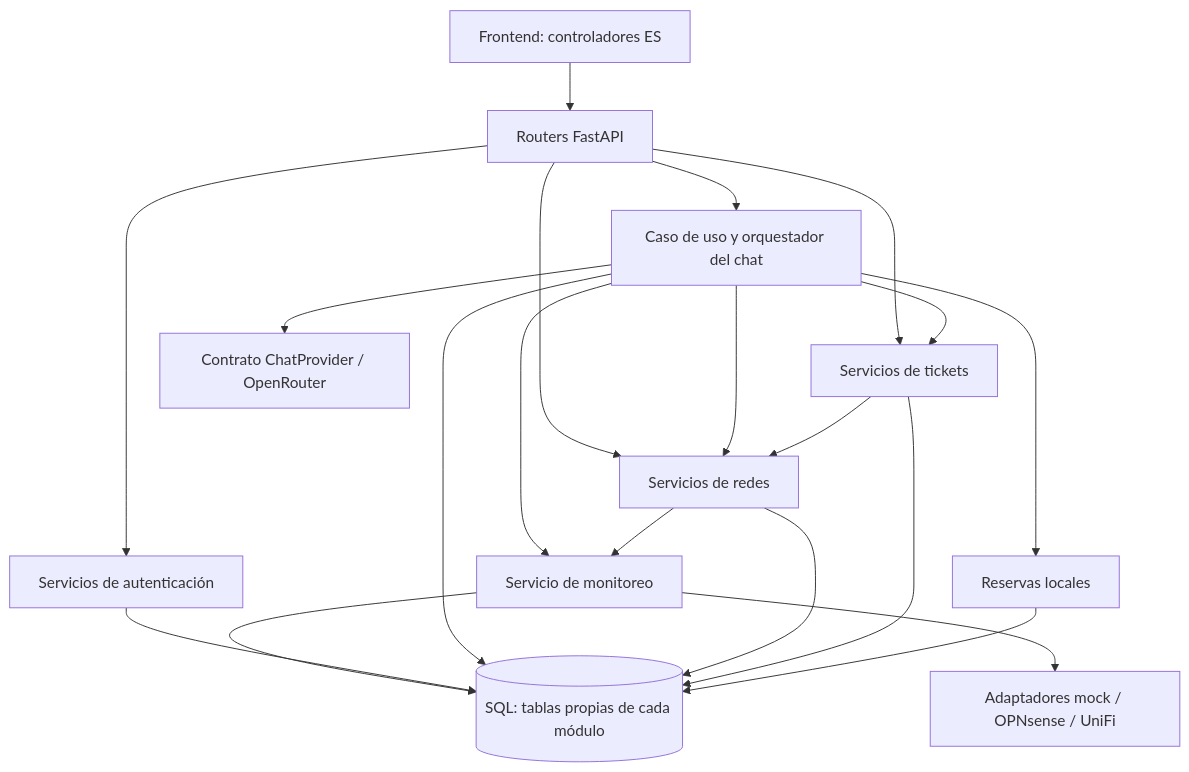
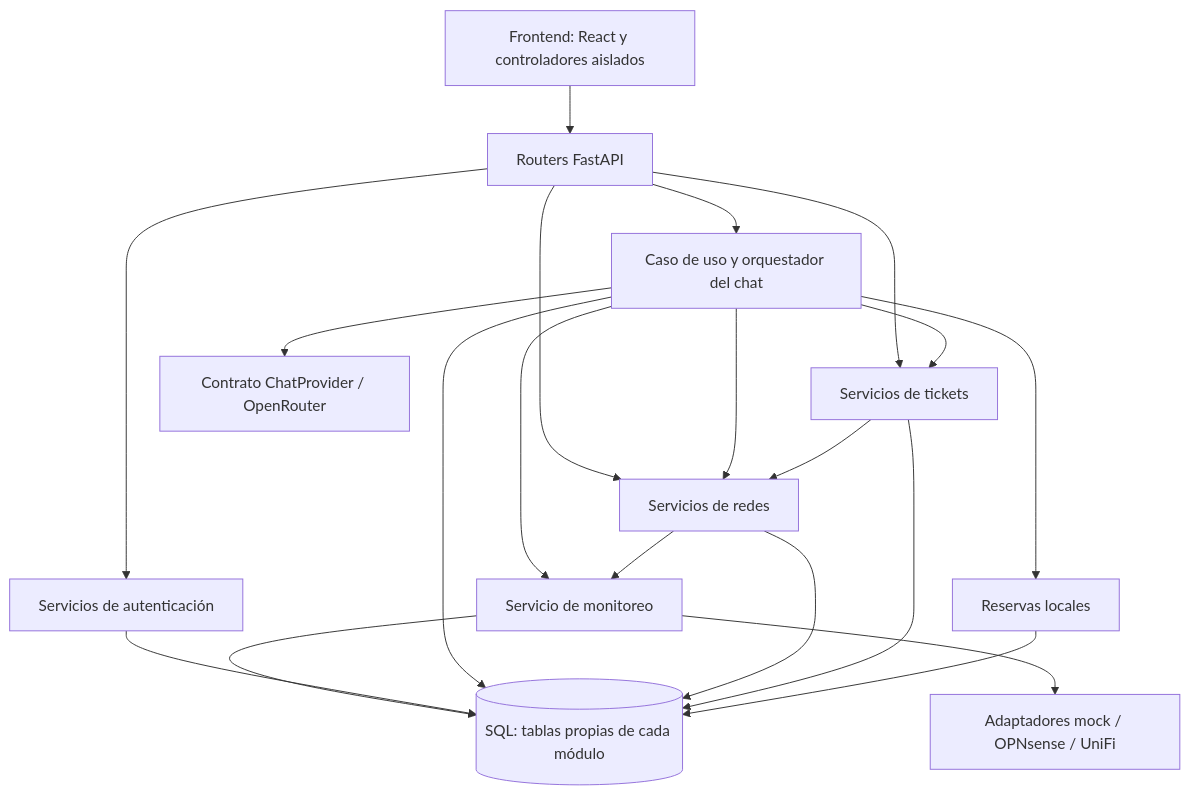
One commit to FranciscoDiazPinto/Diktya changed the first of 2 diagrams in netbot/docs/arquitectura-modular.md. Above: the diagram before and after it, drawn with Mermaid. The commit also changed other lines of this file and 82 other files, not shown here.

````diff
--- a/netbot/docs/arquitectura-modular.md
+++ b/netbot/docs/arquitectura-modular.md
@@ -13,22 +13,22 @@
 ```mermaid
 flowchart TD
-    UI[Frontend: controladores ES] --> HTTP[Routers FastAPI]
+    UI[Frontend: React y controladores aislados] --> HTTP[Routers FastAPI]
     HTTP --> AUTH[Servicios de autenticación]
     HTTP --> CHAT[Caso de uso y orquestador del chat]
     HTTP --> NET[Servicios de redes]
     HTTP --> TICK[Servicios de tickets]
     CHAT --> NET
     CHAT --> TICK
     CHAT --> CHG[Reservas locales]
     CHAT --> MON[Servicio de monitoreo]
     CHAT --> LLM[Contrato ChatProvider / OpenRouter]
     NET --> MON
     TICK --> NET
     MON --> ADAPT[Adaptadores mock / OPNsense / UniFi]
     MON --> DB
     AUTH --> DB[(SQL: tablas propias de cada módulo)]
     CHAT --> DB
     NET --> DB
     TICK --> DB
     CHG --> DB
 ```
````
